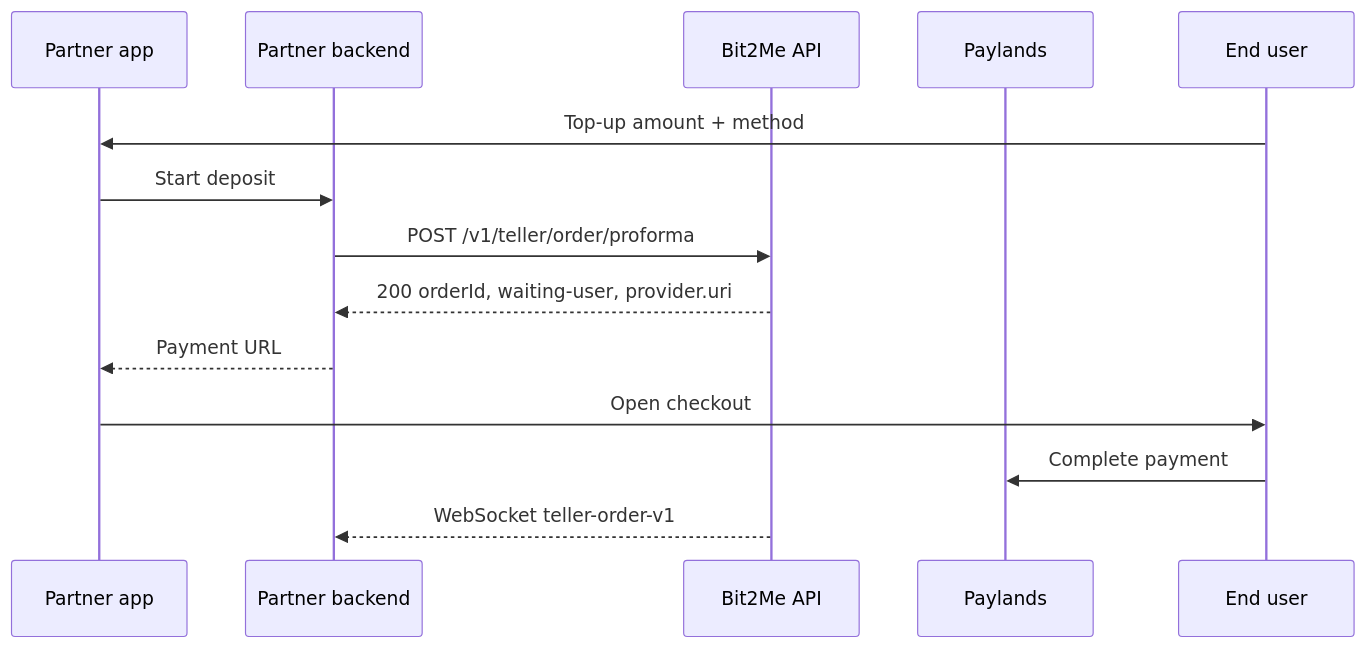
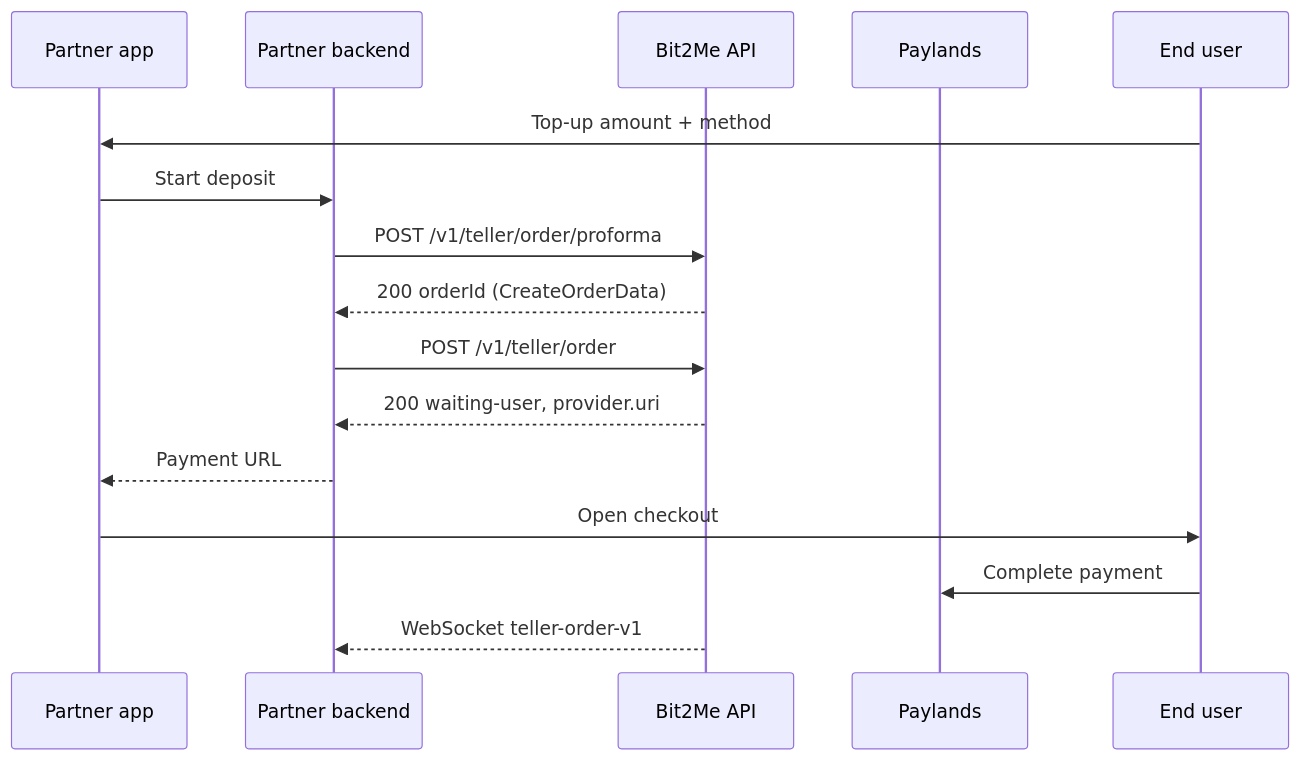
Before and after one commit to api-commits/docs: the diagram in partner/apple-google-pay.mdx, drawn with Mermaid. The commit also changed other lines of this file and 38 other files, not shown here.

````diff
--- a/partner/apple-google-pay.mdx
+++ b/partner/apple-google-pay.mdx
@@ -12,16 +12,18 @@
 ```mermaid
 sequenceDiagram
   participant App as Partner app
   participant API as Partner backend
   participant B2M as Bit2Me API
   participant PL as Paylands
   participant User as End user
   User->>App: Top-up amount + method
   App->>API: Start deposit
   API->>B2M: POST /v1/teller/order/proforma
-  B2M-->>API: 200 orderId, waiting-user, provider.uri
+  B2M-->>API: 200 orderId (CreateOrderData)
+  API->>B2M: POST /v1/teller/order
+  B2M-->>API: 200 waiting-user, provider.uri
   API-->>App: Payment URL
   App->>User: Open checkout
   User->>PL: Complete payment
   B2M-->>API: WebSocket teller-order-v1
 ```
````
